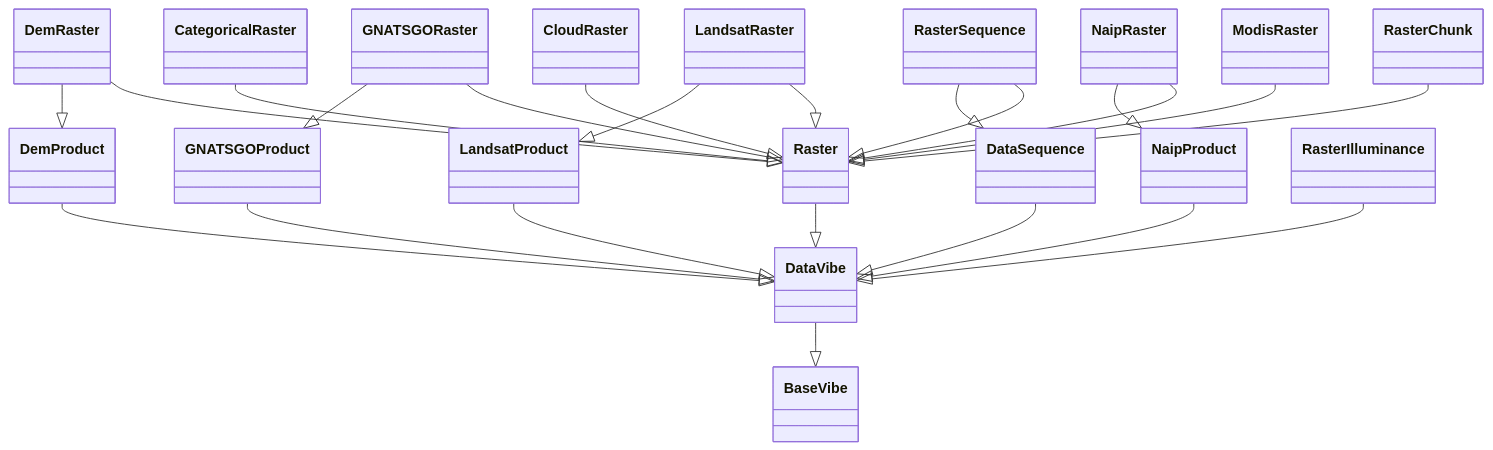
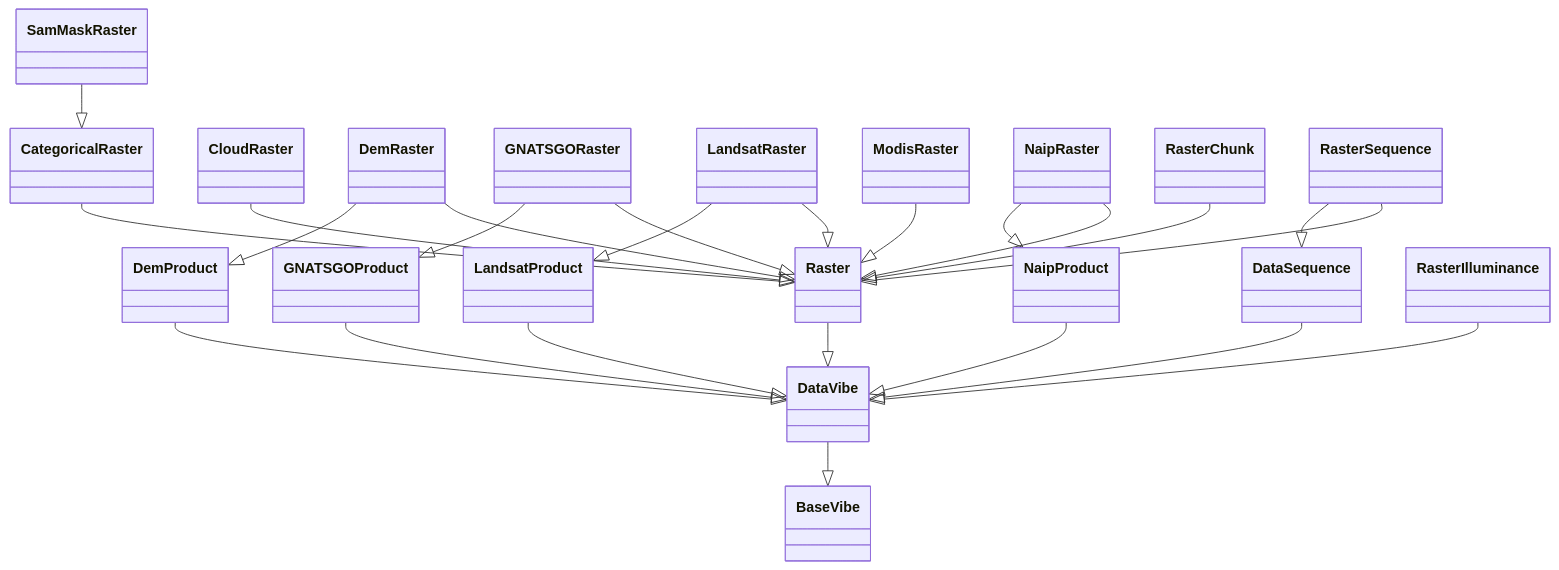
The diagram in docs/source/docfiles/markdown/data_types_diagram/rasters_hierarchy.md (microsoft/farmvibes-ai), drawn with Mermaid before and after one commit. The commit also changed 102 other files, not shown here.

```diff
--- a/docs/source/docfiles/markdown/data_types_diagram/rasters_hierarchy.md
+++ b/docs/source/docfiles/markdown/data_types_diagram/rasters_hierarchy.md
@@ -2,64 +2,67 @@
 <div class="mermaid">
 
 classDiagram
   class BaseVibe {
   }
   class DataSequence {
   }
   class DataVibe {
   }
   class DemProduct {
   }
   class GNATSGOProduct {
   }
   class LandsatProduct {
   }
   class NaipProduct {
   }
   class CategoricalRaster {
   }
   class CloudRaster {
   }
   class DemRaster {
   }
   class GNATSGORaster {
   }
   class LandsatRaster {
   }
   class ModisRaster {
   }
   class NaipRaster {
   }
   class Raster {
   }
   class RasterChunk {
   }
   class RasterIlluminance {
   }
   class RasterSequence {
   }
+  class SamMaskRaster {
+  }
   DataSequence --|> DataVibe
   DataVibe --|> BaseVibe
   DemProduct --|> DataVibe
   GNATSGOProduct --|> DataVibe
   LandsatProduct --|> DataVibe
   NaipProduct --|> DataVibe
   CategoricalRaster --|> Raster
   CloudRaster --|> Raster
   DemRaster --|> DemProduct
   DemRaster --|> Raster
   GNATSGORaster --|> GNATSGOProduct
   GNATSGORaster --|> Raster
   LandsatRaster --|> LandsatProduct
   LandsatRaster --|> Raster
   ModisRaster --|> Raster
   NaipRaster --|> NaipProduct
   NaipRaster --|> Raster
   Raster --|> DataVibe
   RasterChunk --|> Raster
   RasterIlluminance --|> DataVibe
   RasterSequence --|> DataSequence
   RasterSequence --|> Raster
+  SamMaskRaster --|> CategoricalRaster
 
 
 </div>
```
